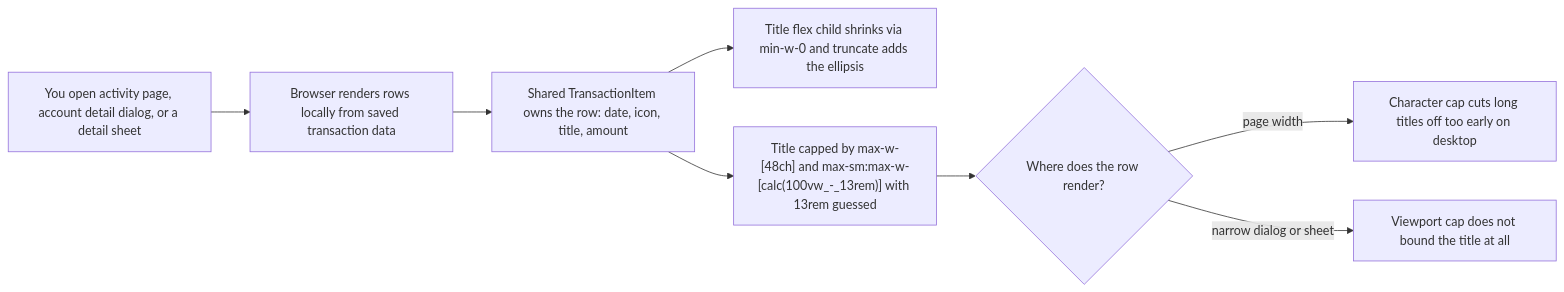
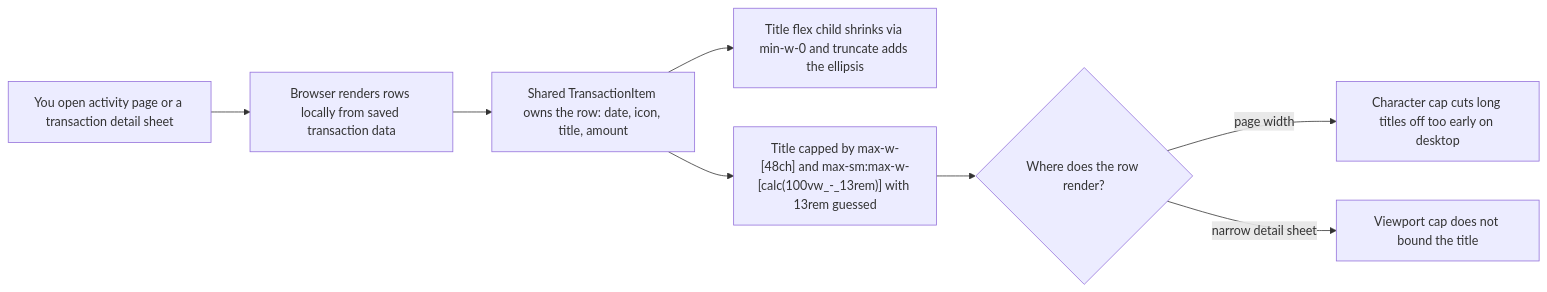
Before and after one commit to SimHoZebs/net-worth-estimator: the first of 2 diagrams in audit-findings/112-transaction-row-truncation.md, drawn with Mermaid. The commit also changed other lines of this file and 92 other files, not shown here.

````diff
--- a/audit-findings/112-transaction-row-truncation.md
+++ b/audit-findings/112-transaction-row-truncation.md
@@ -18,10 +18,10 @@
 ```mermaid
 flowchart LR
-  A[You open activity page, account detail dialog, or a detail sheet] --> B[Browser renders rows locally from saved transaction data]
+  A[You open activity page or a transaction detail sheet] --> B[Browser renders rows locally from saved transaction data]
   B --> C[Shared TransactionItem owns the row: date, icon, title, amount]
   C --> D[Title flex child shrinks via min-w-0 and truncate adds the ellipsis]
   C --> E["Title capped by max-w-[48ch] and max-sm:max-w-[calc(100vw_-_13rem)] with 13rem guessed"]
   E --> F{Where does the row render?}
   F -->|page width| G[Character cap cuts long titles off too early on desktop]
-  F -->|narrow dialog or sheet| H[Viewport cap does not bound the title at all]
+  F -->|narrow detail sheet| H[Viewport cap does not bound the title]
 ```
````
